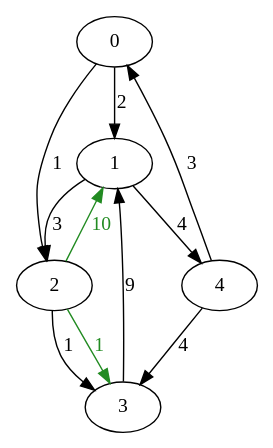
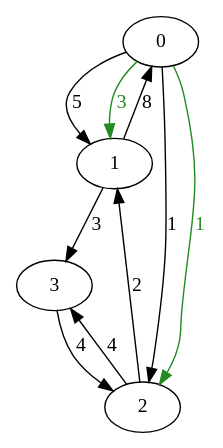
Before and after one commit to EmirShimshir/BMSTU_sem3_TaSD: the diagram in lab_08/data/task.gv, drawn with Graphviz. The commit also changed 4 other files, not shown here.

```diff
--- a/lab_08/data/task.gv
+++ b/lab_08/data/task.gv
@@ -1,12 +1,11 @@
 digraph LAB_08 {
-0 -> 1 [label="2"];
+0 -> 1 [label="5"];
 0 -> 2 [label="1"];
-1 -> 2 [label="3"];
-1 -> 4 [label="4"];
-2 -> 3 [label="1"];
-3 -> 1 [label="9"];
-4 -> 0 [label="3"];
-4 -> 3 [label="4"];
-2 -> 1 [label="10" color="#228b22" fontcolor="#228b22"];
-2 -> 3 [label="1" color="#228b22" fontcolor="#228b22"];
+1 -> 0 [label="8"];
+1 -> 3 [label="3"];
+2 -> 1 [label="2"];
+2 -> 3 [label="4"];
+3 -> 2 [label="4"];
+0 -> 1 [label="3" color="#228b22" fontcolor="#228b22"];
+0 -> 2 [label="1" color="#228b22" fontcolor="#228b22"];
 }
```
